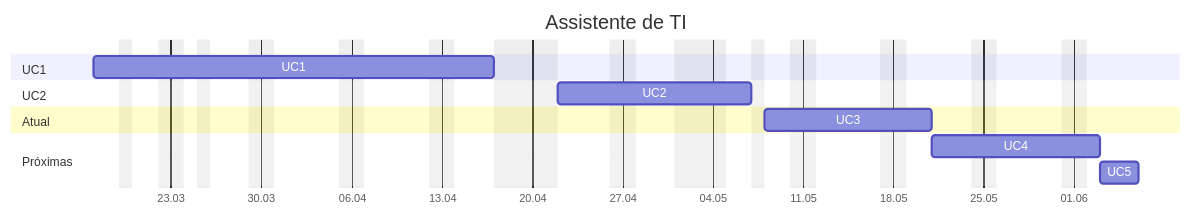
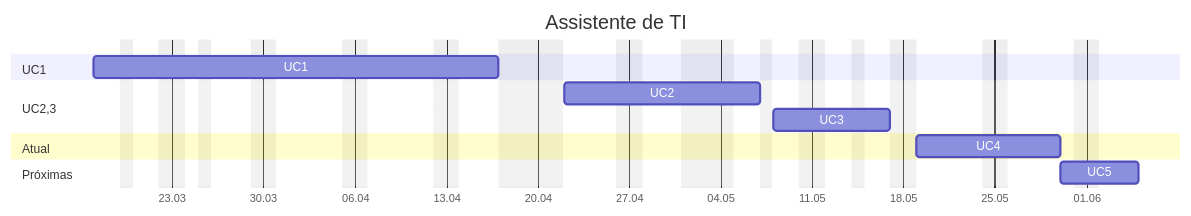
One commit to jocile/digitalgarden changed the diagram in src/site/notes/Assistente-de-TI.md. Above: the diagram before and after it, drawn with Mermaid. The commit also changed other lines of this file and 1 other file, not shown here.

````diff
--- a/src/site/notes/Assistente-de-TI.md
+++ b/src/site/notes/Assistente-de-TI.md
@@ -31,17 +31,17 @@
 ```mermaid
 gantt
      title Assistente de TI
      tickInterval 1week
-     excludes Saturday, Sunday, 19:03, 25:03, 17:04, 18:04, 21:04, 01:05, 02:05, 07:05
+     excludes Saturday, Sunday, 19:03, 25:03, 17:04, 18:04, 21:04, 01:05, 02:05, 07:05, 14:05
      dateFormat DD:MM
      axisFormat %d.%m
      section UC1
          UC1 :a1, 17:03, 21d
-     section UC2
+     section UC2,3
          UC2 :a2,after a1, 9d
+         UC3 :a3, after a2, 6d
      section Atual
-         UC3 :a3, after a2, 9d
+         UC4 :a4, after a3, 9d
      section Próximas
-         UC4 :a4, after a3, 9d
-         UC5 :a5, after a4, 3d
+         UC5 :a5, after a4, 4d
 ```
````
